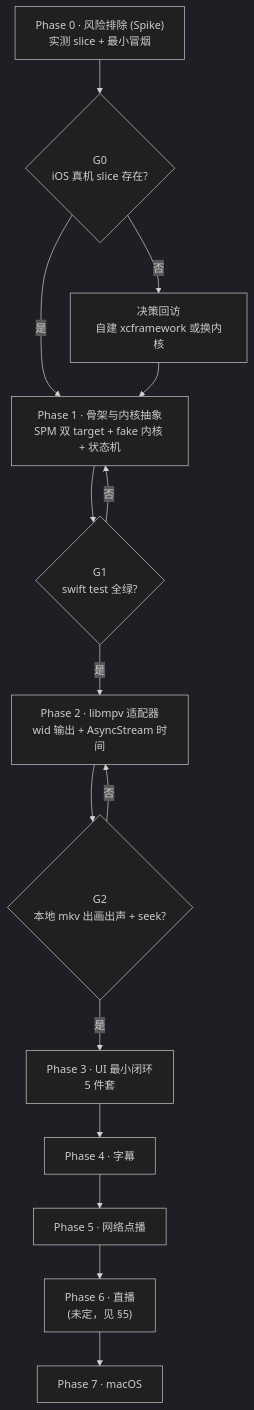
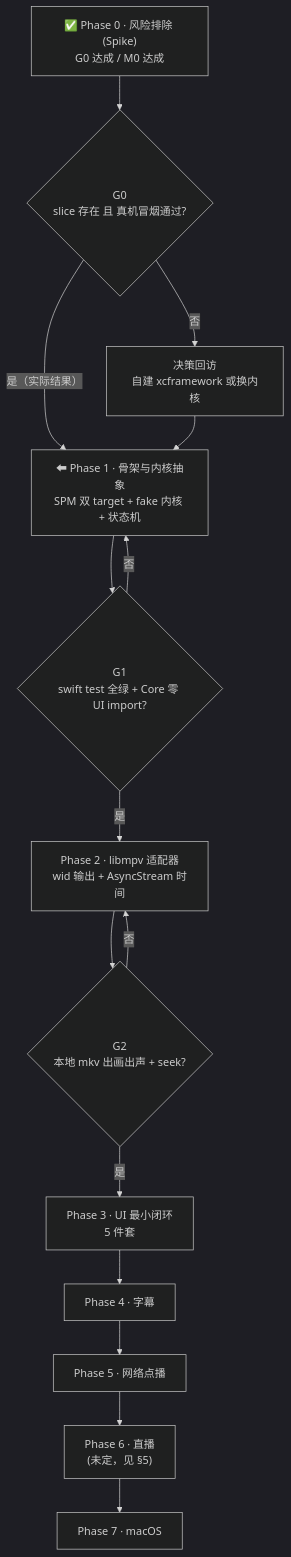
Before and after one commit to tangzzz-fan/playerlearning: the diagram in docs/03-路线图.md, drawn with Mermaid (dark theme). The commit also changed other lines of this file and 9 other files, not shown here.

````diff
--- a/docs/03-路线图.md
+++ b/docs/03-路线图.md
@@ -11,17 +11,17 @@
 ```mermaid
 flowchart TD
-    P0["Phase 0 · 风险排除 (Spike)<br/>实测 slice + 最小冒烟"] --> G0{"G0<br/>iOS 真机 slice 存在?"}
-    G0 -- 是 --> P1
+    P0["✅ Phase 0 · 风险排除 (Spike)<br/>G0 达成 / M0 达成"] --> G0{"G0<br/>slice 存在 且 真机冒烟通过?"}
+    G0 -- 是（实际结果） --> P1
     G0 -- 否 --> D0["决策回访<br/>自建 xcframework 或换内核"]
     D0 --> P1
-    P1["Phase 1 · 骨架与内核抽象<br/>SPM 双 target + fake 内核 + 状态机"] --> G1{"G1<br/>swift test 全绿?"}
+    P1["⬅ Phase 1 · 骨架与内核抽象<br/>SPM 双 target + fake 内核 + 状态机"] --> G1{"G1<br/>swift test 全绿 + Core 零 UI import?"}
     G1 -- 否 --> P1
     G1 -- 是 --> P2["Phase 2 · libmpv 适配器<br/>wid 输出 + AsyncStream 时间"]
     P2 --> G2{"G2<br/>本地 mkv 出画出声 + seek?"}
     G2 -- 否 --> P2
     G2 -- 是 --> P3["Phase 3 · UI 最小闭环<br/>5 件套"]
     P3 --> P4["Phase 4 · 字幕"]
     P4 --> P5["Phase 5 · 网络点播"]
     P5 --> P6["Phase 6 · 直播<br/>(未定，见 §5)"]
     P6 --> P7["Phase 7 · macOS"]
 ```
````
